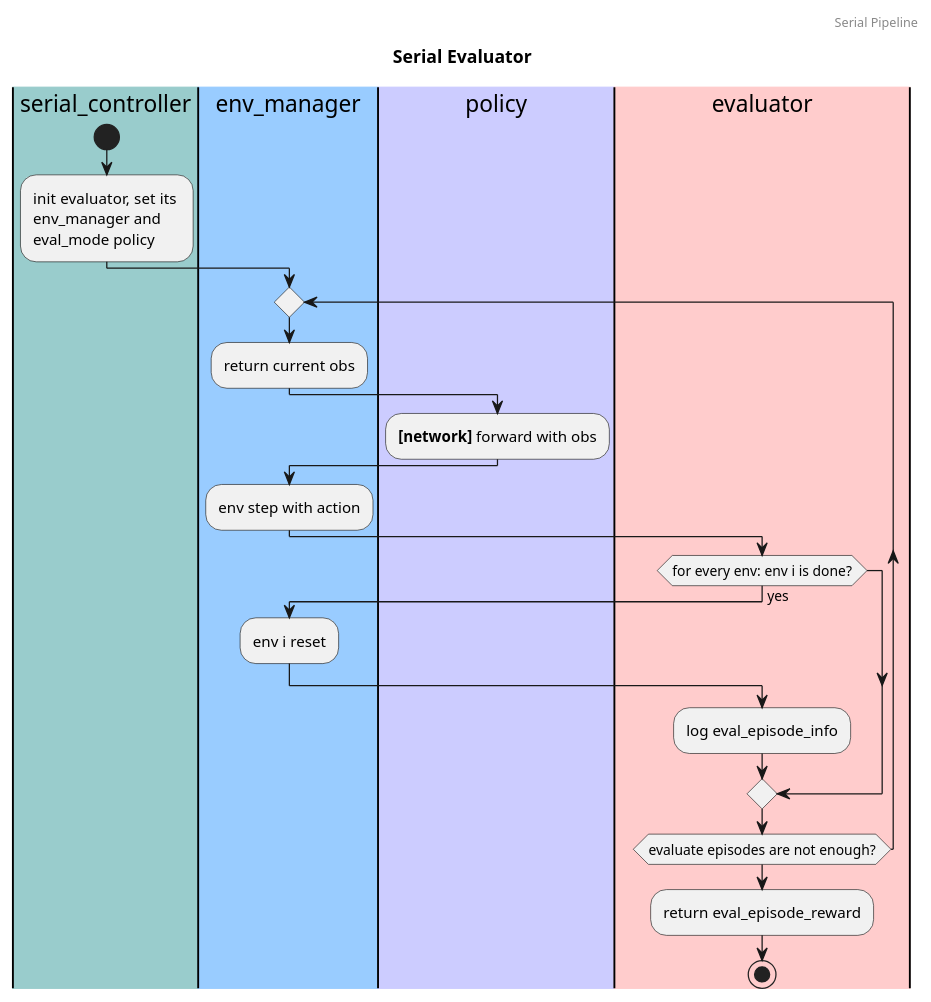
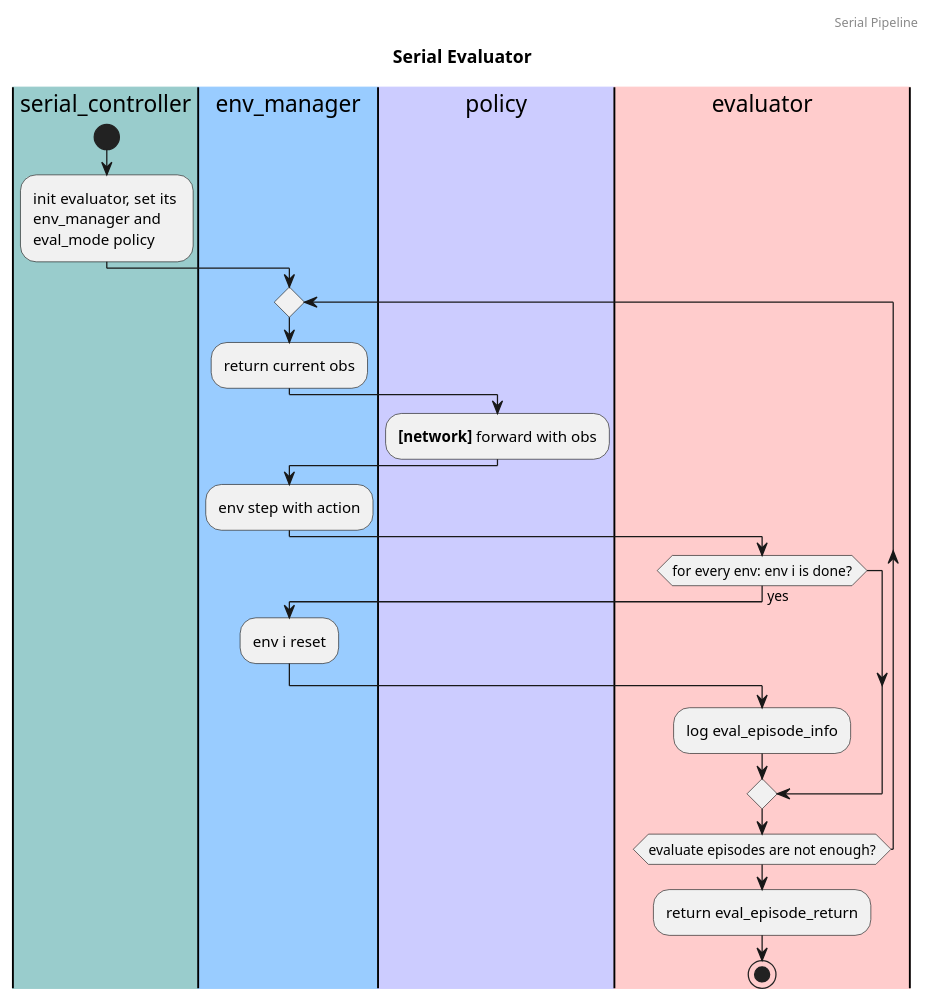
The diagram in ding/design/serial_evaluator-activity.puml (opendilab/DI-engine), drawn with PlantUML before and after one commit. The commit also changed 74 other files, not shown here.

Commit message:
fix typo 'final eval reward' -> 'eval episode return'; 'episode reward' -> 'episode return'

```diff
--- a/ding/design/serial_evaluator-activity.puml
+++ b/ding/design/serial_evaluator-activity.puml
@@ -1,31 +1,31 @@
 @startuml serial_evaluator
 header Serial Pipeline
 title Serial Evaluator
 
 |#99CCCC|serial_controller|
 |#99CCFF|env_manager|
 |#CCCCFF|policy|
 |#FFCCCC|evaluator|
 
 |#99CCCC|serial_controller|
 start
 :init evaluator, set its \nenv_manager and \neval_mode policy;
 |#99CCFF|env_manager|
 repeat
   :return current obs;
   |#CCCCFF|policy|
   :<b>[network]</b> forward with obs;
   |#99CCFF|env_manager|
   :env step with action;
   |#FFCCCC|evaluator|
   if (for every env: env i is done?) then (yes)
     |#99CCFF|env_manager|
     :env i reset;
     |#FFCCCC|evaluator|
     :log eval_episode_info;
   endif
 repeat while (evaluate episodes are not enough?)
 |#FFCCCC|evaluator|
-:return eval_episode_reward;
+:return eval_episode_return;
 stop
 @enduml
```
